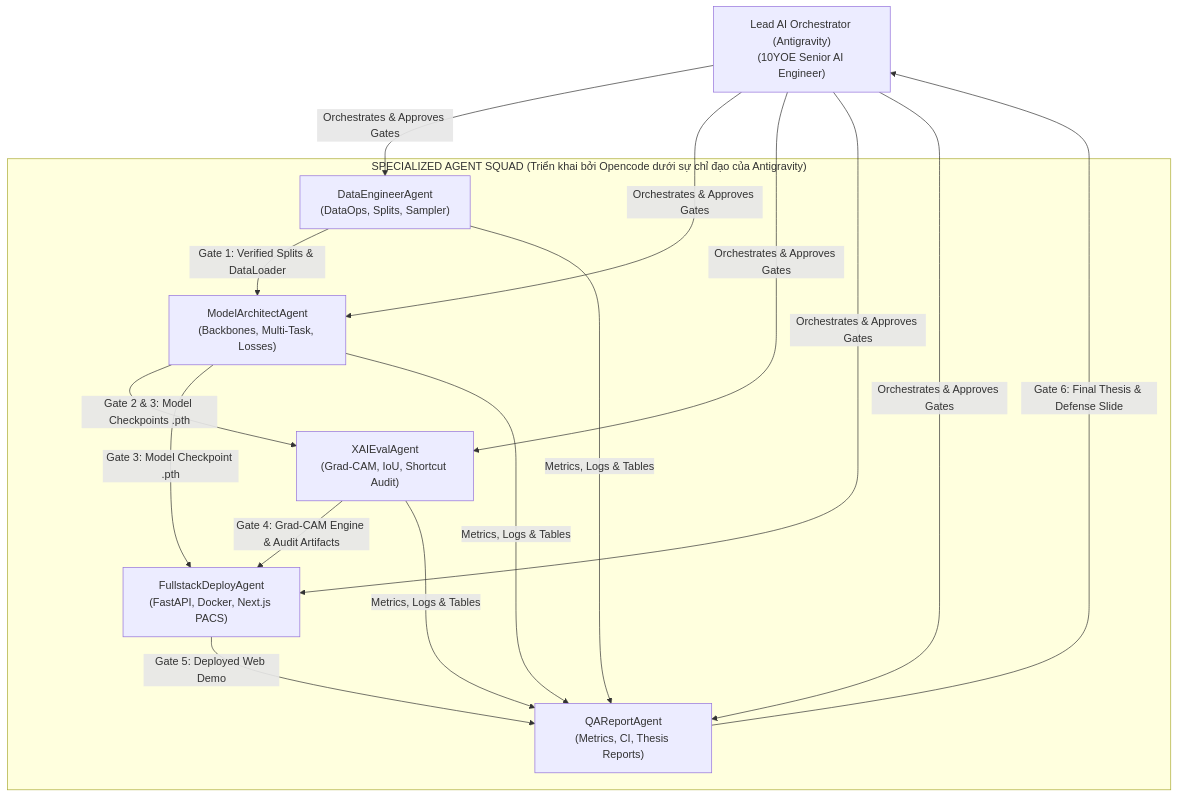
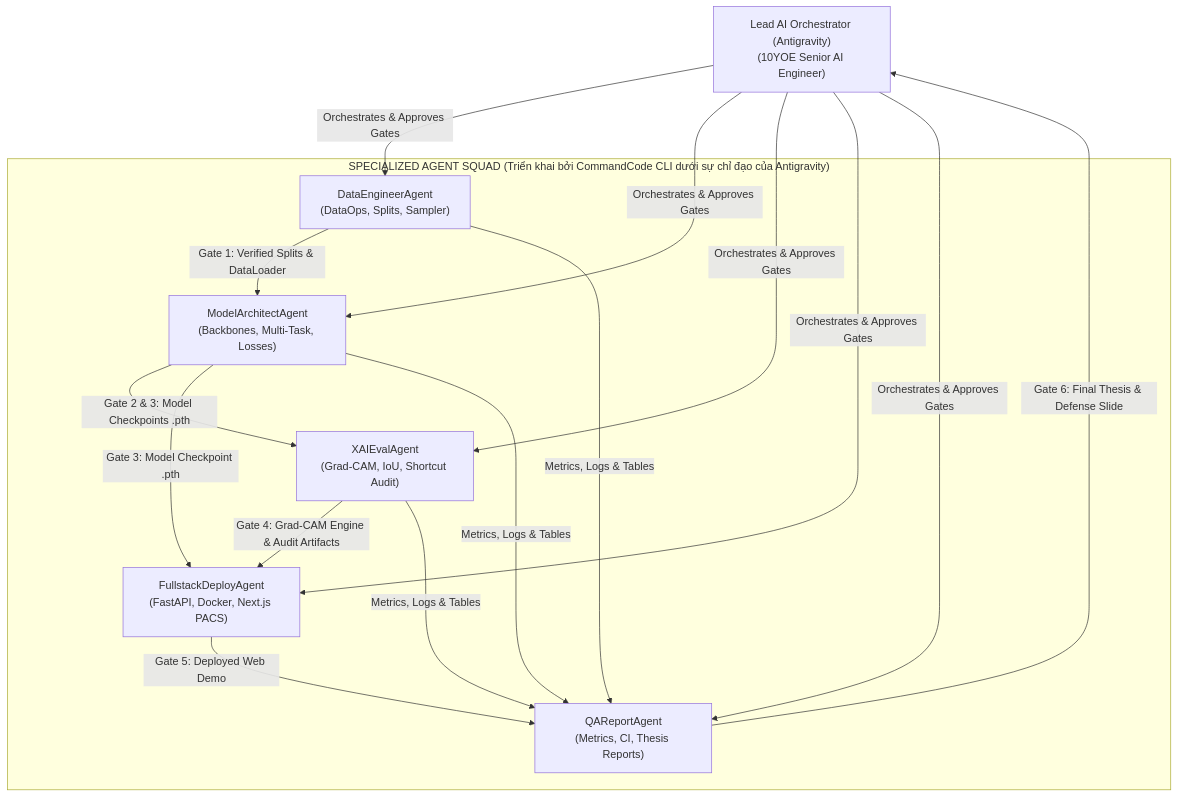
Before and after one commit to philipsgn/LungRay: the second of 2 diagrams in AGENTS.md, drawn with Mermaid. The commit also changed other lines of this file and 56 other files, not shown here.

Commit message:
feat: transition to CommandCode Go, implement WSOL IoU metrics, FastAPI backend, and Next.js PACS viewer (Phase 5 & 6 Tasks 5.2, 6.1, 6.2)

````diff
--- a/AGENTS.md
+++ b/AGENTS.md
@@ -90,22 +94,22 @@
 ```mermaid
 graph TD
     Lead["Lead AI Orchestrator (Antigravity)\n(10YOE Senior AI Engineer)"]
     
-    subgraph CoreTeam ["SPECIALIZED AGENT SQUAD (Triển khai bởi Opencode dưới sự chỉ đạo của Antigravity)"]
+    subgraph CoreTeam ["SPECIALIZED AGENT SQUAD (Triển khai bởi CommandCode CLI dưới sự chỉ đạo của Antigravity)"]
         DE["DataEngineerAgent\n(DataOps, Splits, Sampler)"]
         MA["ModelArchitectAgent\n(Backbones, Multi-Task, Losses)"]
         XE["XAIEvalAgent\n(Grad-CAM, IoU, Shortcut Audit)"]
         FD["FullstackDeployAgent\n(FastAPI, Docker, Next.js PACS)"]
         QA["QAReportAgent\n(Metrics, CI, Thesis Reports)"]
     end
 
     Lead -->|Orchestrates & Approves Gates| DE & MA & XE & FD & QA
     
     DE -->|Gate 1: Verified Splits & DataLoader| MA
     MA -->|Gate 2 & 3: Model Checkpoints .pth| XE
     MA -->|Gate 3: Model Checkpoint .pth| FD
     XE -->|Gate 4: Grad-CAM Engine & Audit Artifacts| FD
     XE & MA & DE -->|Metrics, Logs & Tables| QA
     FD -->|Gate 5: Deployed Web Demo| QA
     QA -->|Gate 6: Final Thesis & Defense Slide| Lead
 ```
````
